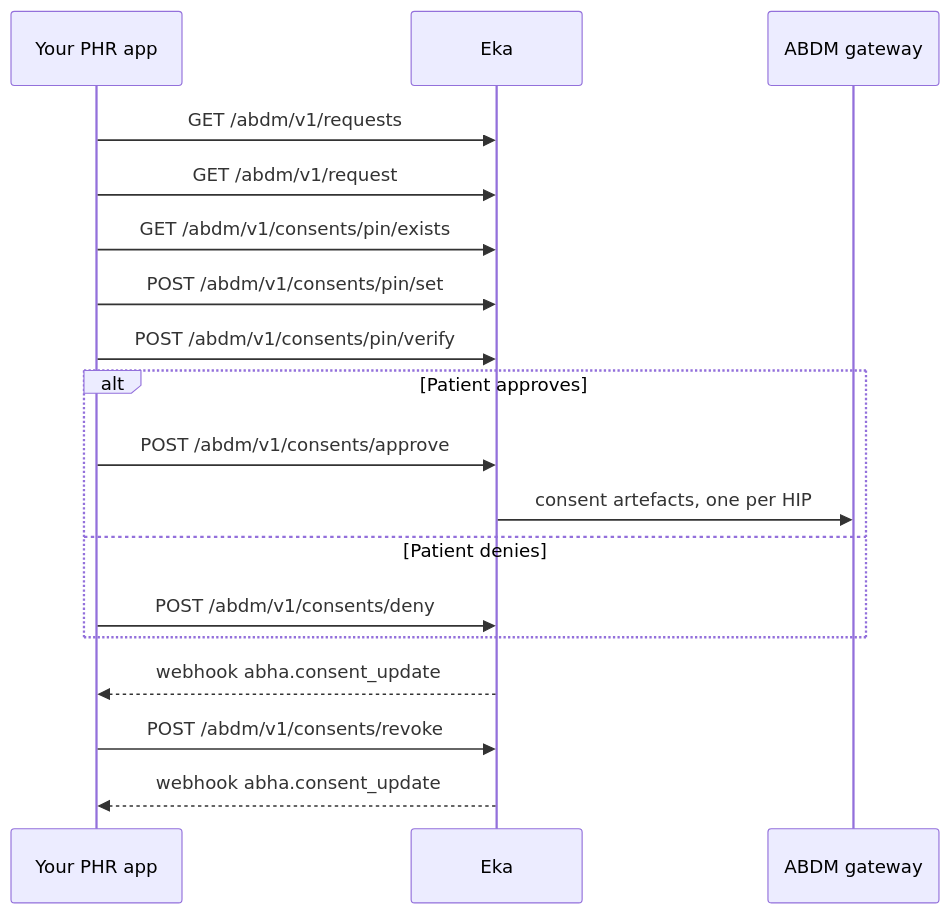
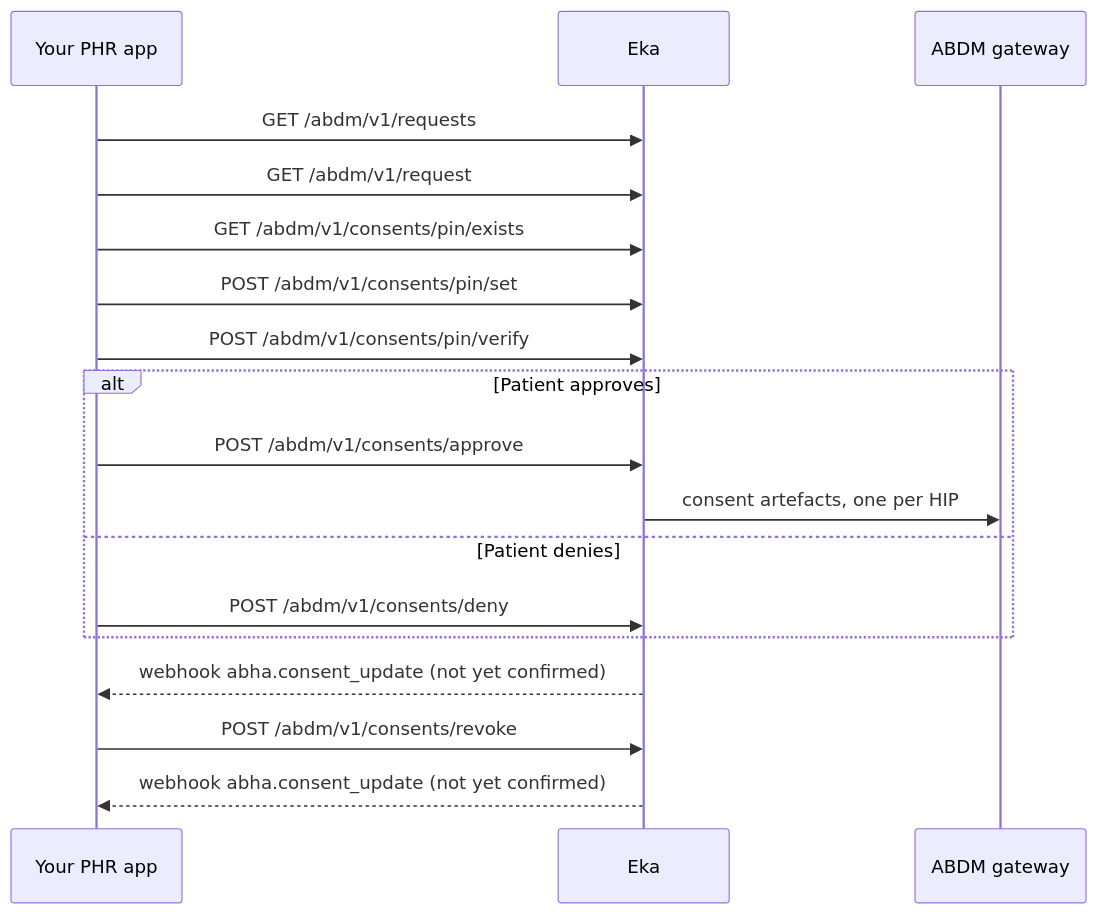
One commit to eka-care/eka-docs changed the diagram in api-reference/user-app/abdm-connect/workflows/phr-act-on-consent.mdx. Above: the diagram before and after it, drawn with Mermaid. The commit also changed other lines of this file and 36 other files, not shown here.

````diff
--- a/api-reference/user-app/abdm-connect/workflows/phr-act-on-consent.mdx
+++ b/api-reference/user-app/abdm-connect/workflows/phr-act-on-consent.mdx
@@ -35,20 +35,20 @@
 ```mermaid
 sequenceDiagram
   participant App as Your PHR app
   participant Eka
   participant GW as ABDM gateway
   App->>Eka: GET /abdm/v1/requests
   App->>Eka: GET /abdm/v1/request
   App->>Eka: GET /abdm/v1/consents/pin/exists
   App->>Eka: POST /abdm/v1/consents/pin/set
   App->>Eka: POST /abdm/v1/consents/pin/verify
   alt Patient approves
     App->>Eka: POST /abdm/v1/consents/approve
     Eka->>GW: consent artefacts, one per HIP
   else Patient denies
     App->>Eka: POST /abdm/v1/consents/deny
   end
-  Eka-->>App: webhook abha.consent_update
+  Eka-->>App: webhook abha.consent_update (not yet confirmed)
   App->>Eka: POST /abdm/v1/consents/revoke
-  Eka-->>App: webhook abha.consent_update
+  Eka-->>App: webhook abha.consent_update (not yet confirmed)
 ```
````
